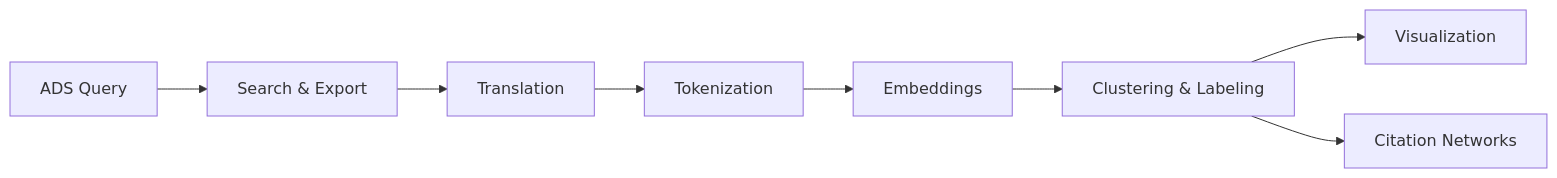
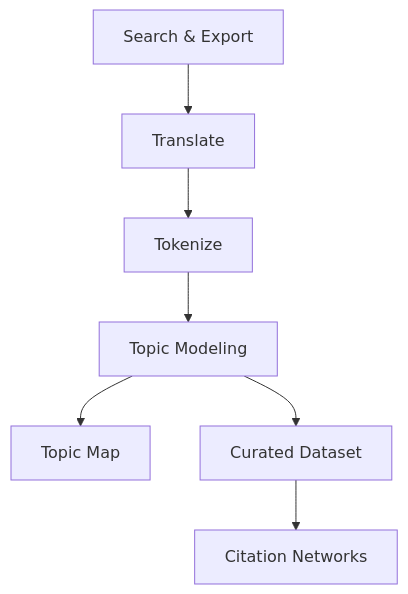
The diagram in docs/index.md (raphschlatt/ads-bib), drawn with Mermaid before and after one commit. The commit also changed 2 other files, not shown here.

Commit message:
docs: Update index and theme styles for improved visualization and dark mode support

````diff
--- a/docs/index.md
+++ b/docs/index.md
@@ -13,10 +13,9 @@
 ``` mermaid
-graph LR
-    A[ADS Query] --> B[Search & Export]
-    B --> C[Translation]
-    C --> D[Tokenization]
-    D --> E[Embeddings]
-    E --> F[Clustering & Labeling]
-    F --> G[Visualization]
-    F --> H[Citation Networks]
+graph TD
+    A[Search & Export] --> B[Translate]
+    B --> C[Tokenize]
+    C --> D[Topic Modeling]
+    D --> E[Topic Map]
+    D --> F[Curated Dataset]
+    F --> G[Citation Networks]
 ```
````
